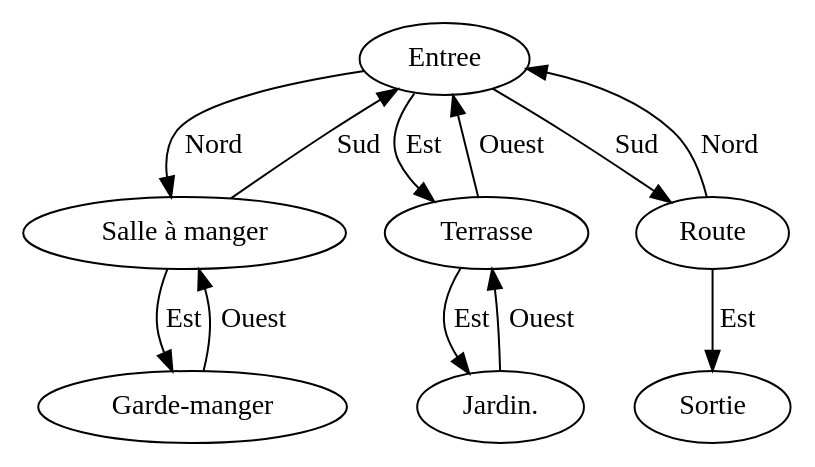
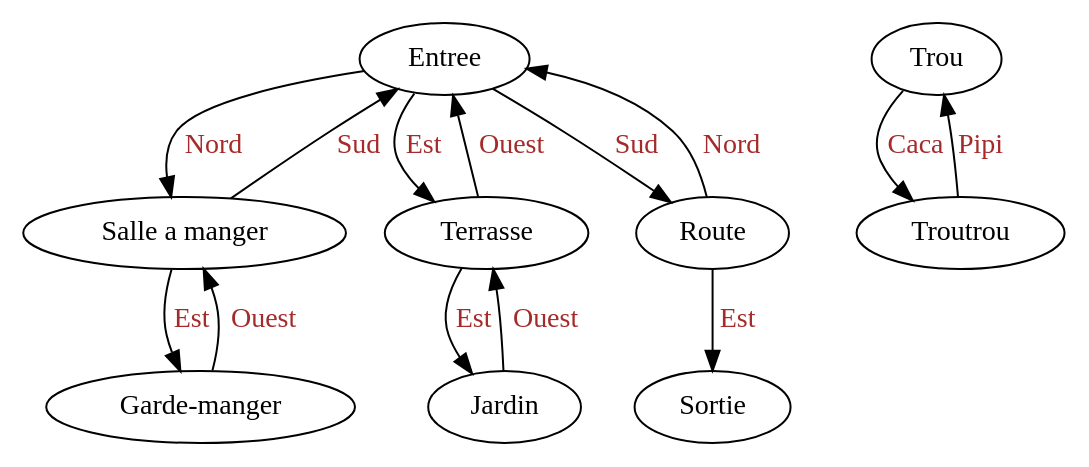
Before and after one commit to JESAISaps/KnotsAndStrings: the diagram in dot.dot, drawn with Graphviz. The commit also changed 4 other files, not shown here.

```diff
--- a/dot.dot
+++ b/dot.dot
@@ -1,13 +1,15 @@
 digraph g{ 
-"Entree"->"Salle à manger"[label = "Nord"]
-"Entree"->"Terrasse"[label = "Est"]
-"Entree"->"Route"[label = "Sud"]
-"Salle à manger"->"Entree"[label = "Sud"]
-"Salle à manger"->"Garde-manger"[label = "Est"]
-"Terrasse"->"Jardin."[label = "Est"]
-"Terrasse"->"Entree"[label = "Ouest"]
-"Route"->"Entree"[label = "Nord"]
-"Route"->"Sortie"[label = "Est"]
-"Garde-manger"->"Salle à manger"[label = "Ouest"]
-"Jardin."->"Terrasse"[label = "Ouest"]
+"Entree" -> "Salle a manger" [label = "Nord"] [fontcolor=brown]
+"Entree" -> "Terrasse" [label = "Est"] [fontcolor=brown]
+"Entree" -> "Route" [label = "Sud"] [fontcolor=brown]
+"Salle a manger" -> "Entree" [label = "Sud"] [fontcolor=brown]
+"Salle a manger" -> "Garde-manger" [label = "Est"] [fontcolor=brown]
+"Terrasse" -> "Jardin" [label = "Est"] [fontcolor=brown]
+"Terrasse" -> "Entree" [label = "Ouest"] [fontcolor=brown]
+"Route" -> "Entree" [label = "Nord"] [fontcolor=brown]
+"Route" -> "Sortie" [label = "Est"] [fontcolor=brown]
+"Garde-manger" -> "Salle a manger" [label = "Ouest"] [fontcolor=brown]
+"Jardin" -> "Terrasse" [label = "Ouest"] [fontcolor=brown]
+"Trou" -> "Troutrou" [label = "Caca"] [fontcolor=brown]
+"Troutrou" -> "Trou" [label = "Pipi"] [fontcolor=brown]
 }
```
